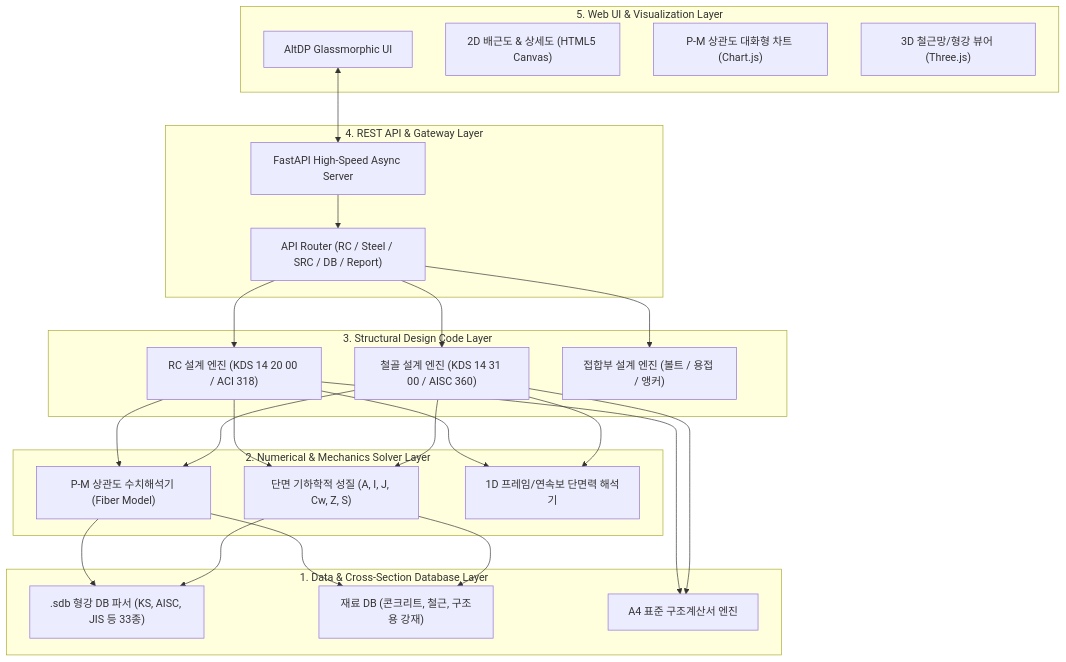
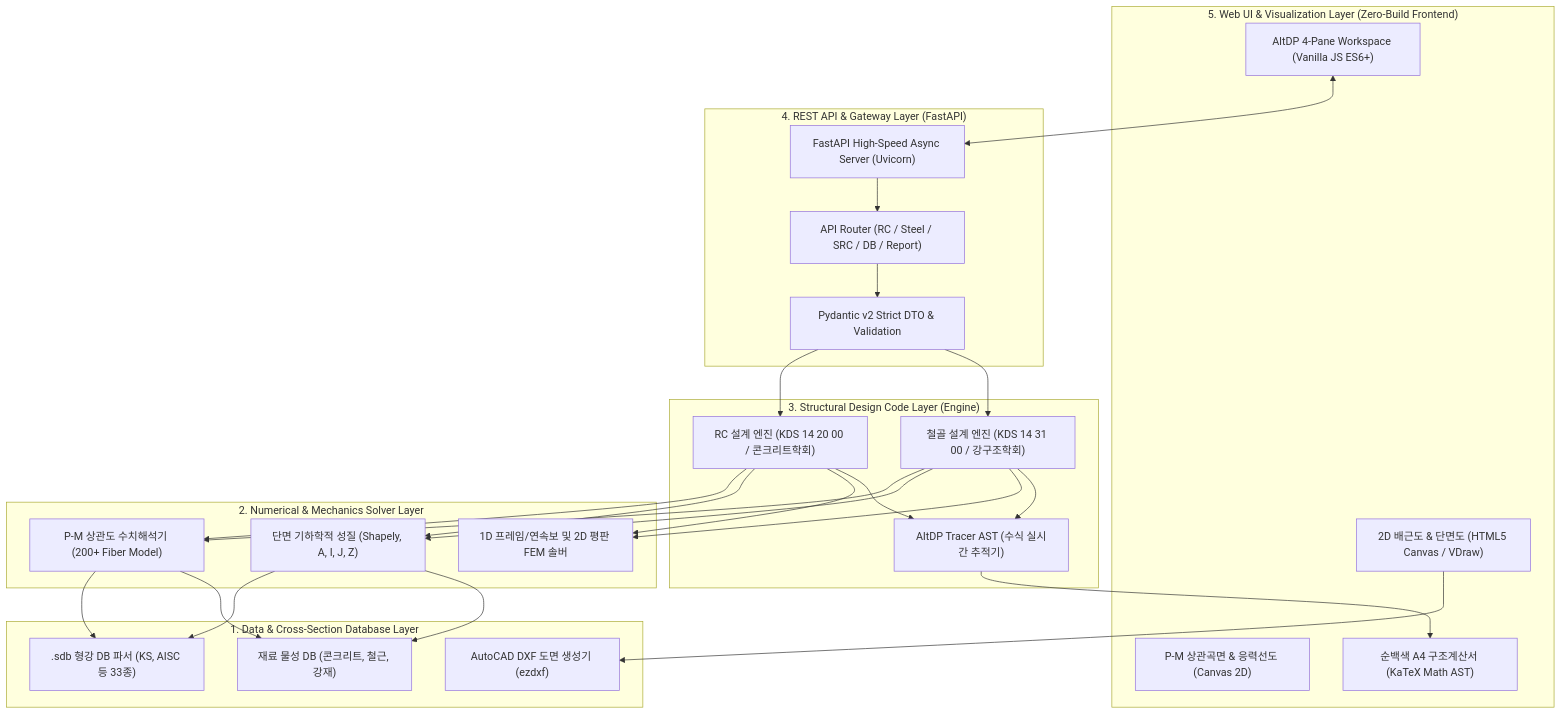
The diagram in docs/01_system_architecture.md (zlkiki/AltDP_3rd), drawn with Mermaid before and after one commit. The commit also changed other lines of this file and 32 other files, not shown here.

Commit message:
feat: RC 기둥 배근 입력 고도화(변별배근/상세모달) 및 순백색 A4 KaTeX 구조계산서 전면 구축

````diff
--- a/docs/01_system_architecture.md
+++ b/docs/01_system_architecture.md
@@ -7,39 +7,43 @@
 ```mermaid
 graph TD
-    subgraph Layer5 ["5. Web UI & Visualization Layer"]
-        UI["AltDP Glassmorphic UI"]
-        Canvas2D["2D 배근도 & 상세도 (HTML5 Canvas)"]
-        ChartPM["P-M 상관도 대화형 차트 (Chart.js)"]
-        Three3D["3D 철근망/형강 뷰어 (Three.js)"]
+    subgraph Layer5 ["5. Web UI & Visualization Layer (Zero-Build Frontend)"]
+        UI["AltDP 4-Pane Workspace (Vanilla JS ES6+)"]
+        Canvas2D["2D 배근도 & 단면도 (HTML5 Canvas / VDraw)"]
+        ChartPM["P-M 상관곡면 & 응력선도 (Canvas 2D)"]
+        ReportA4["순백색 A4 구조계산서 (KaTeX Math AST)"]
     end
 
-    subgraph Layer4 ["4. REST API & Gateway Layer"]
-        FastAPI["FastAPI High-Speed Async Server"]
+    subgraph Layer4 ["4. REST API & Gateway Layer (FastAPI)"]
+        FastAPI["FastAPI High-Speed Async Server (Uvicorn)"]
         Routes["API Router (RC / Steel / SRC / DB / Report)"]
+        Pydantic["Pydantic v2 Strict DTO & Validation"]
     end
 
-    subgraph Layer3 ["3. Structural Design Code Layer"]
-        RC_Design["RC 설계 엔진 (KDS 14 20 00 / ACI 318)"]
-        Steel_Design["철골 설계 엔진 (KDS 14 31 00 / AISC 360)"]
-        Conn_Design["접합부 설계 엔진 (볼트 / 용접 / 앵커)"]
+    subgraph Layer3 ["3. Structural Design Code Layer (Engine)"]
+        RC_Design["RC 설계 엔진 (KDS 14 20 00 / 콘크리트학회)"]
+        Steel_Design["철골 설계 엔진 (KDS 14 31 00 / 강구조학회)"]
+        Tracer["AltDP Tracer AST (수식 실시간 추적기)"]
     end
 
     subgraph Layer2 ["2. Numerical & Mechanics Solver Layer"]
-        PMSolver["P-M 상관도 수치해석기 (Fiber Model)"]
-        SecProp["단면 기하학적 성질 (A, I, J, Cw, Z, S)"]
-        FEM1D["1D 프레임/연속보 단면력 해석기"]
+        PMSolver["P-M 상관도 수치해석기 (200+ Fiber Model)"]
+        SecProp["단면 기하학적 성질 (Shapely, A, I, J, Z)"]
+        FEM1D["1D 프레임/연속보 및 2D 평판 FEM 솔버"]
     end
 
     subgraph Layer1 ["1. Data & Cross-Section Database Layer"]
-        SDBParser[".sdb 형강 DB 파서 (KS, AISC, JIS 등 33종)"]
-        MatDB["재료 DB (콘크리트, 철근, 구조용 강재)"]
-        ReportGen["A4 표준 구조계산서 엔진"]
+        SDBParser[".sdb 형강 DB 파서 (KS, AISC 등 33종)"]
+        MatDB["재료 물성 DB (콘크리트, 철근, 강재)"]
+        CADExport["AutoCAD DXF 도면 생성기 (ezdxf)"]
     end
 
     UI <--> FastAPI
     FastAPI --> Routes
-    Routes --> RC_Design & Steel_Design & Conn_Design
+    Routes --> Pydantic
+    Pydantic --> RC_Design & Steel_Design
     RC_Design & Steel_Design --> PMSolver & SecProp & FEM1D
+    RC_Design & Steel_Design --> Tracer
+    Tracer --> ReportA4
     PMSolver & SecProp --> SDBParser & MatDB
-    RC_Design & Steel_Design --> ReportGen
+    Canvas2D --> CADExport
 ```
````
